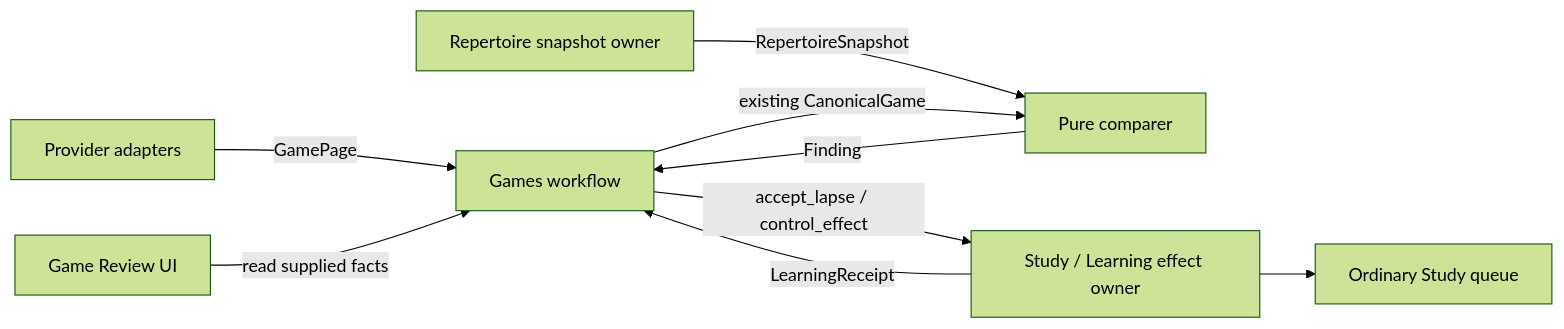
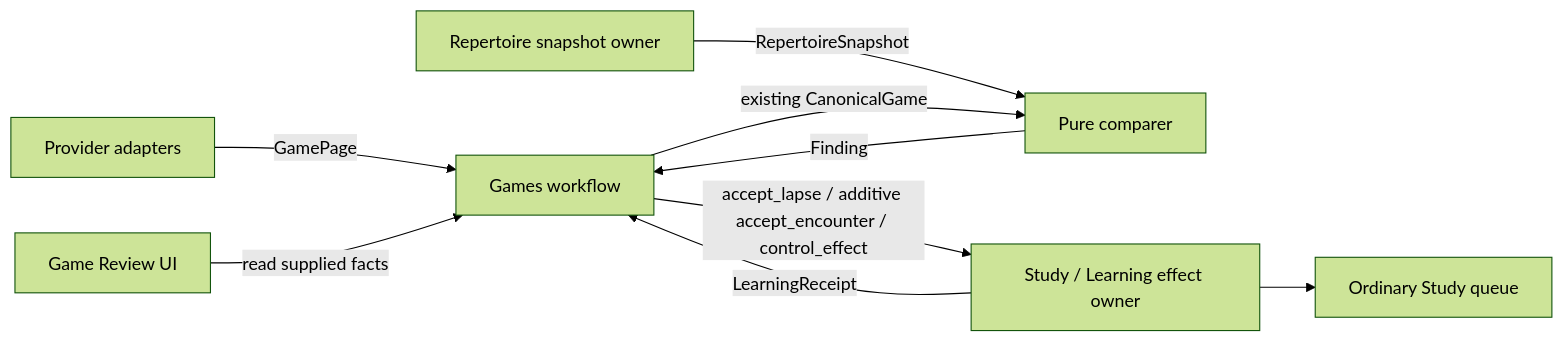
The diagram in contracts/product-v02/README.md (aaweaver-actuary/tempo), drawn with Mermaid (forest theme) before and after one commit. The commit also changed other lines of this file and 7 other files, not shown here.

````diff
--- a/contracts/product-v02/README.md
+++ b/contracts/product-v02/README.md
@@ -142,11 +194,11 @@
 ```mermaid
 flowchart LR
   Providers["Provider adapters"] -->|GamePage| Games["Games workflow"]
   Repertoire["Repertoire snapshot owner"] -->|RepertoireSnapshot| Compare["Pure comparer"]
   Games -->|existing CanonicalGame| Compare
   Compare -->|Finding| Games
-  Games -->|accept_lapse / control_effect| Study["Study / Learning effect owner"]
+  Games -->|accept_lapse / additive accept_encounter / control_effect| Study["Study / Learning effect owner"]
   Study -->|LearningReceipt| Games
   UI["Game Review UI"] -->|read supplied facts| Games
   Study --> Queue["Ordinary Study queue"]
 ```
````
